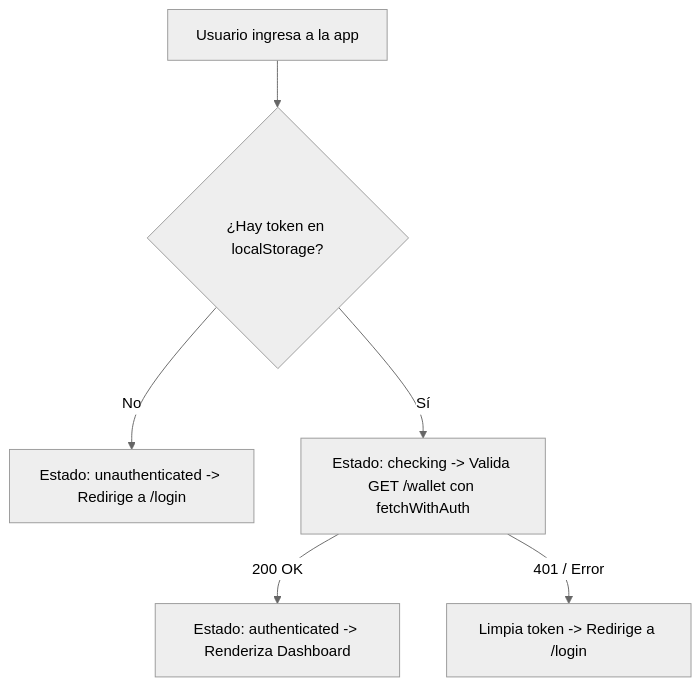
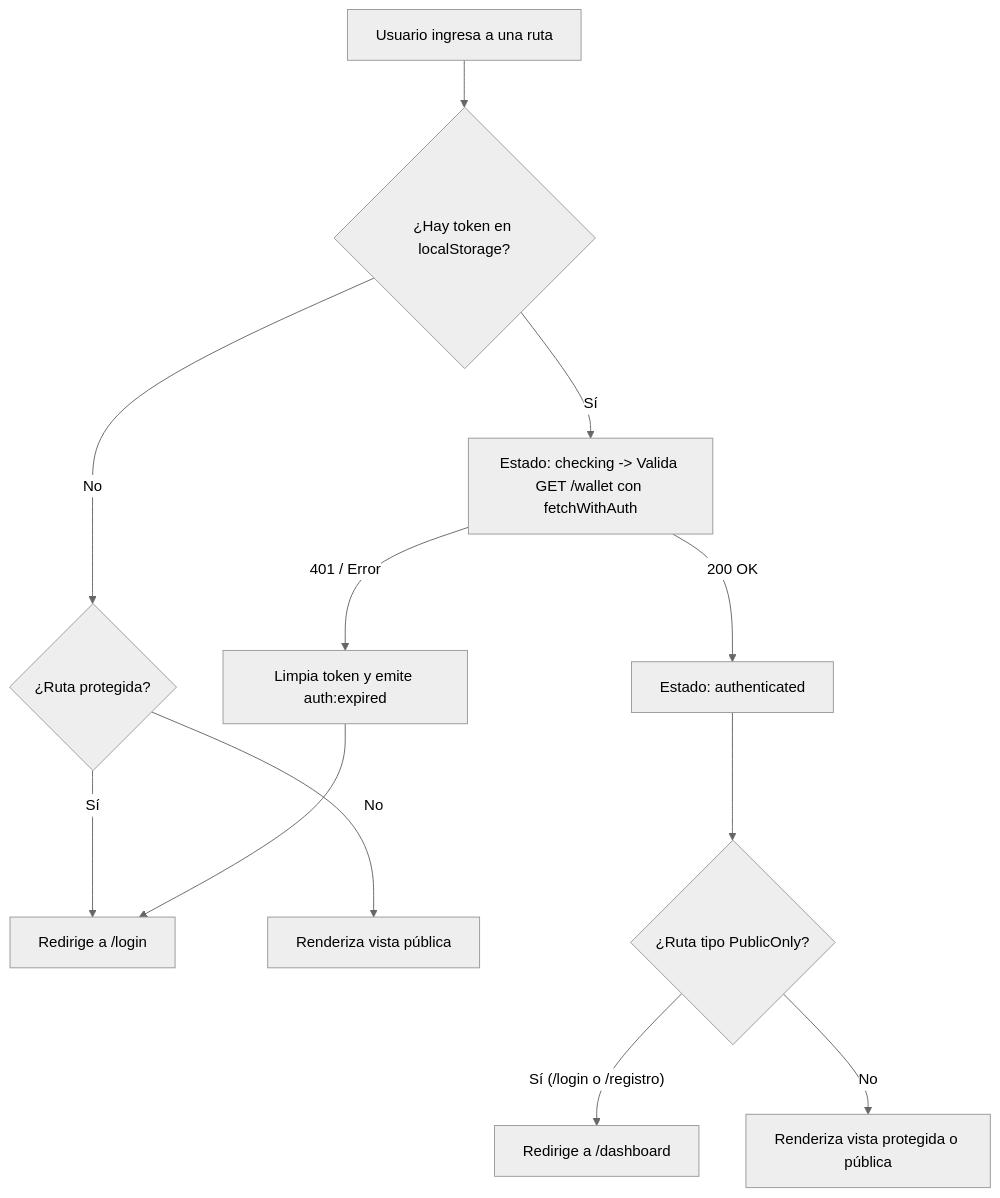
One commit to axoratechgroup/axora-frontend changed the diagram in README.md. Above: the diagram before and after it, drawn with Mermaid (neutral theme). The commit also changed other lines of this file, not shown here.

Commit message:
docs: actualizar y complementar el README con nuevas vistas, componentes, rutas y arquitectura

````diff
--- a/README.md
+++ b/README.md
@@ -96,8 +147,16 @@
 ```mermaid
 graph TD
-    A[Usuario ingresa a la app] --> B{¿Hay token en localStorage?}
-    B -- No --> C[Estado: unauthenticated -> Redirige a /login]
-    B -- Sí --> D[Estado: checking -> Valida GET /wallet con fetchWithAuth]
-    D -- 200 OK --> E[Estado: authenticated -> Renderiza Dashboard]
-    D -- 401 / Error --> F[Limpia token -> Redirige a /login]
+    A[Usuario ingresa a una ruta] --> B{¿Hay token en localStorage?}
+    B -- No --> C{¿Ruta protegida?}
+    C -- Sí --> D[Redirige a /login]
+    C -- No --> E[Renderiza vista pública]
+
+    B -- Sí --> F[Estado: checking -> Valida GET /wallet con fetchWithAuth]
+    F -- 200 OK --> G[Estado: authenticated]
+    G --> H{¿Ruta tipo PublicOnly?}
+    H -- Sí (/login o /registro) --> I[Redirige a /dashboard]
+    H -- No --> J[Renderiza vista protegida o pública]
+
+    F -- 401 / Error --> K[Limpia token y emite auth:expired]
+    K --> D
 ```
````
